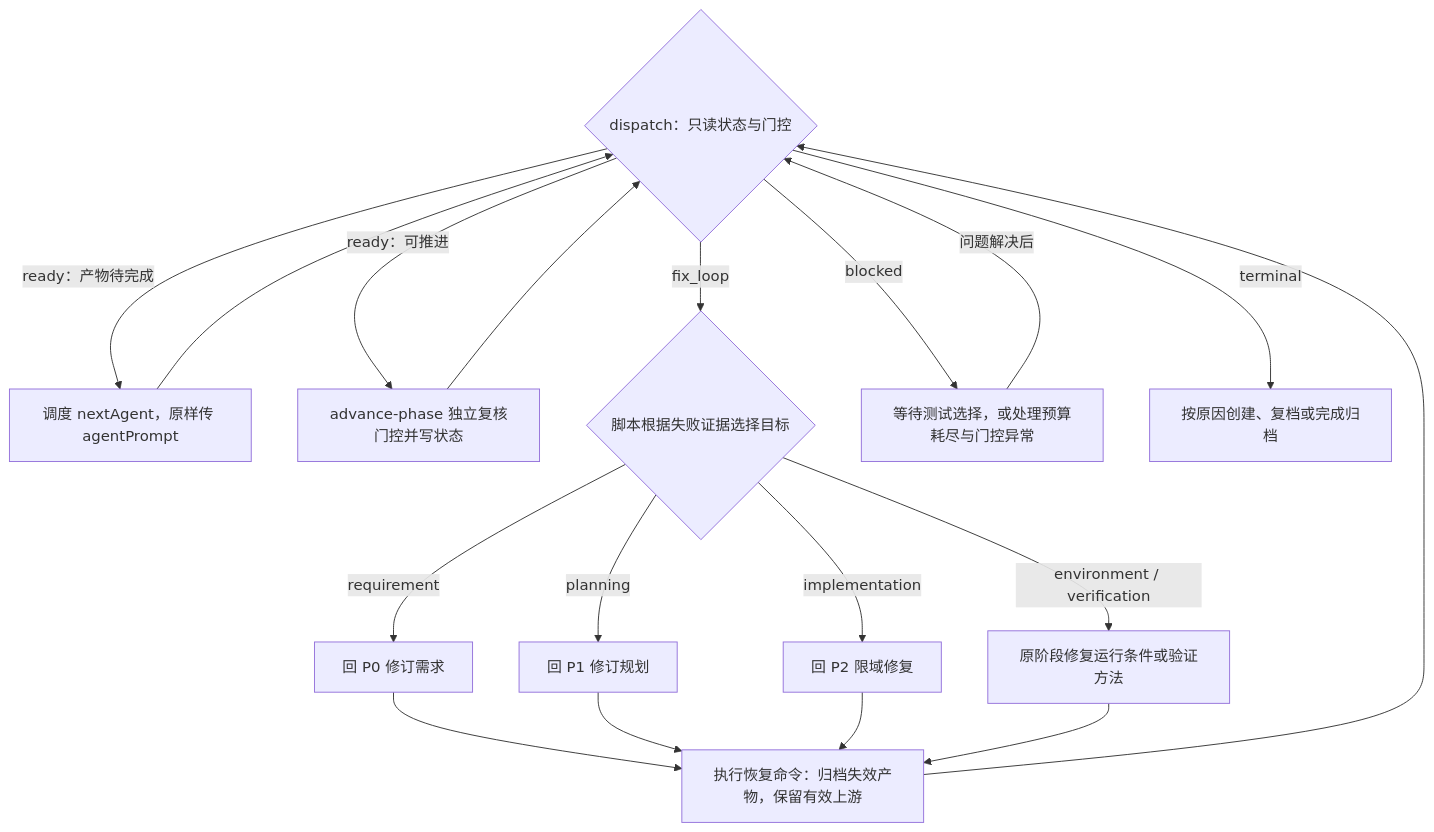
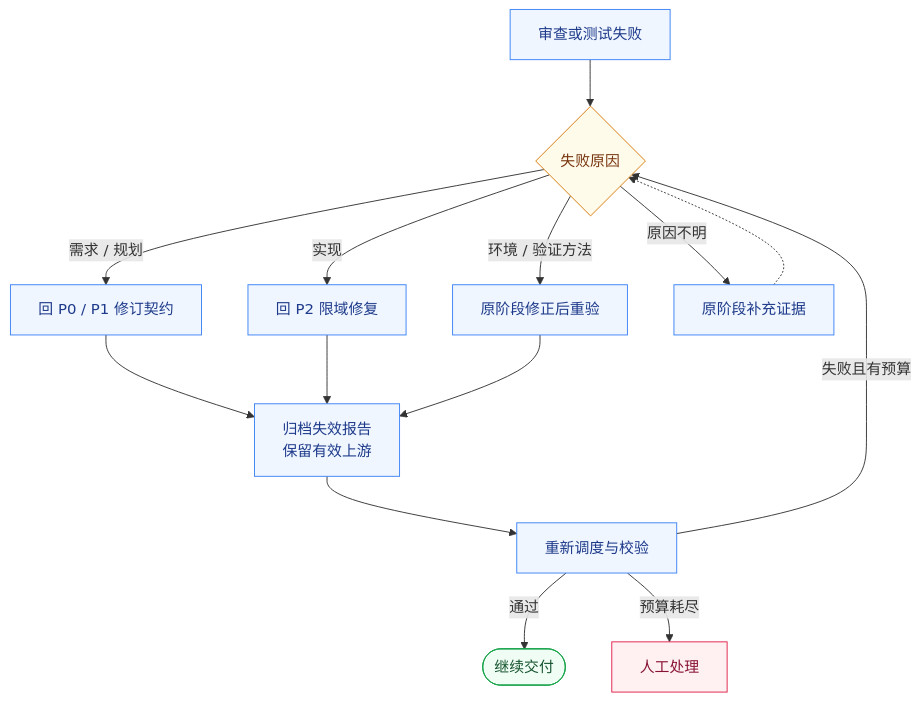
One commit to AbyssPan/fullstackflow changed the second of 2 diagrams in README.md. Above: the diagram before and after it, drawn with Mermaid. The commit also changed other lines of this file and 9 other files, not shown here.

````diff
--- a/README.md
+++ b/README.md
@@ -97,20 +118,25 @@
 ```mermaid
-flowchart TD
-    Dispatch{"dispatch：只读状态与门控"} -->|"ready：产物待完成"| Agent["调度 nextAgent，原样传 agentPrompt"]
-    Agent --> Dispatch
-    Dispatch -->|"ready：可推进"| Advance["advance-phase 独立复核门控并写状态"]
-    Advance --> Dispatch
-    Dispatch -->|"fix_loop"| Cause{"脚本根据失败证据选择目标"}
-    Cause -->|"requirement"| R0["回 P0 修订需求"]
-    Cause -->|"planning"| R1["回 P1 修订规划"]
-    Cause -->|"implementation"| R2["回 P2 限域修复"]
-    Cause -->|"environment / verification"| Same["原阶段修复运行条件或验证方法"]
-    R0 --> Recover["执行恢复命令：归档失效产物，保留有效上游"]
-    R1 --> Recover
-    R2 --> Recover
-    Same --> Recover
-    Recover --> Dispatch
-    Dispatch -->|"blocked"| Wait["等待测试选择，或处理预算耗尽与门控异常"]
-    Wait -->|"问题解决后"| Dispatch
-    Dispatch -->|"terminal"| End["按原因创建、复档或完成归档"]
+flowchart TB
+    Failed["审查或测试失败"] --> Cause{"失败原因"}
+    Cause -->|"需求 / 规划"| Replan["回 P0 / P1 修订契约"]
+    Cause -->|"实现"| Repair["回 P2 限域修复"]
+    Cause -->|"环境 / 验证方法"| Retry["原阶段修正后重验"]
+    Cause -->|"原因不明"| Evidence["原阶段补充证据"]
+    Replan --> Resume["归档失效报告<br/>保留有效上游"]
+    Repair --> Resume
+    Retry --> Resume
+    Resume --> Check["重新调度与校验"]
+    Evidence -.-> Cause
+    Check -->|"通过"| Continue(["继续交付"])
+    Check -->|"失败且有预算"| Cause
+    Check -->|"预算耗尽"| Human["人工处理"]
+
+    classDef action fill:#eff6ff,stroke:#3b82f6,color:#1e3a8a
+    classDef decision fill:#fffbeb,stroke:#d97706,color:#78350f
+    classDef success fill:#f0fdf4,stroke:#16a34a,color:#14532d
+    classDef stop fill:#fff1f2,stroke:#e11d48,color:#881337
+    class Failed,Replan,Repair,Retry,Evidence,Resume,Check action
+    class Cause decision
+    class Continue success
+    class Human stop
 ```
````
